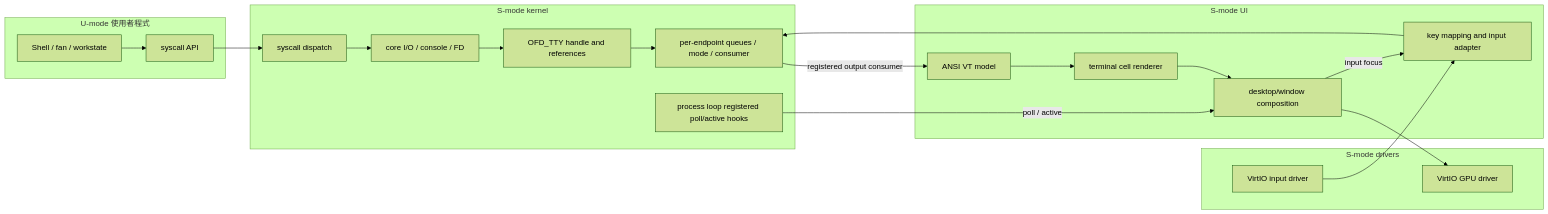
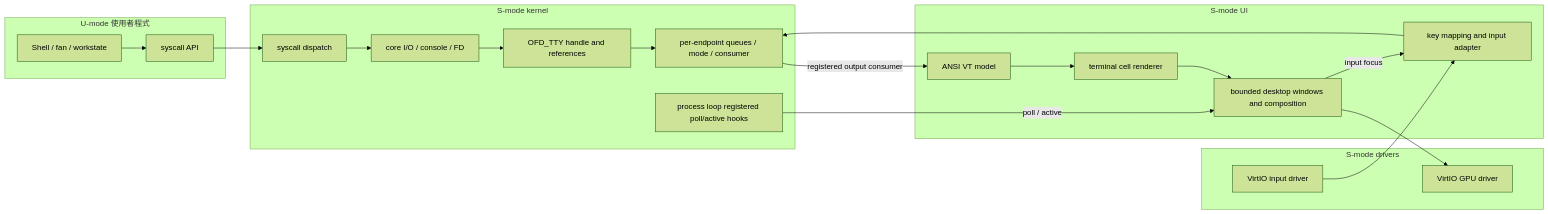
Before and after one commit to johnson931128/WUWAOS: the diagram in docs/CODE_GUIDE.md, drawn with Mermaid (forest theme). The commit also changed other lines of this file, not shown here.

````diff
--- a/docs/CODE_GUIDE.md
+++ b/docs/CODE_GUIDE.md
@@ -34,31 +34,31 @@
 ```mermaid
 flowchart LR
   subgraph U[U-mode 使用者程式]
     SH[Shell / fan / workstate]
     SC[syscall API]
     SH --> SC
   end
   subgraph K[S-mode kernel]
     SY[syscall dispatch]
     IO[core I/O / console / FD]
     OFD[OFD_TTY handle and references]
     TTY[per-endpoint queues / mode / consumer]
     EV[process loop registered poll/active hooks]
     SY --> IO --> OFD --> TTY
   end
   subgraph D[S-mode drivers]
     IN[VirtIO input driver]
     GPU[VirtIO GPU driver]
   end
   subgraph UI[S-mode UI]
     MAP[key mapping and input adapter]
     VT[ANSI VT model]
     R[terminal cell renderer]
-    WIN[desktop/window composition]
+    WIN[bounded desktop windows and composition]
   end
   SC --> SY
   IN --> MAP --> TTY
   TTY -->|registered output consumer| VT --> R --> WIN --> GPU
   WIN -->|input focus| MAP
   EV -->|poll / active| WIN
 ```
````
